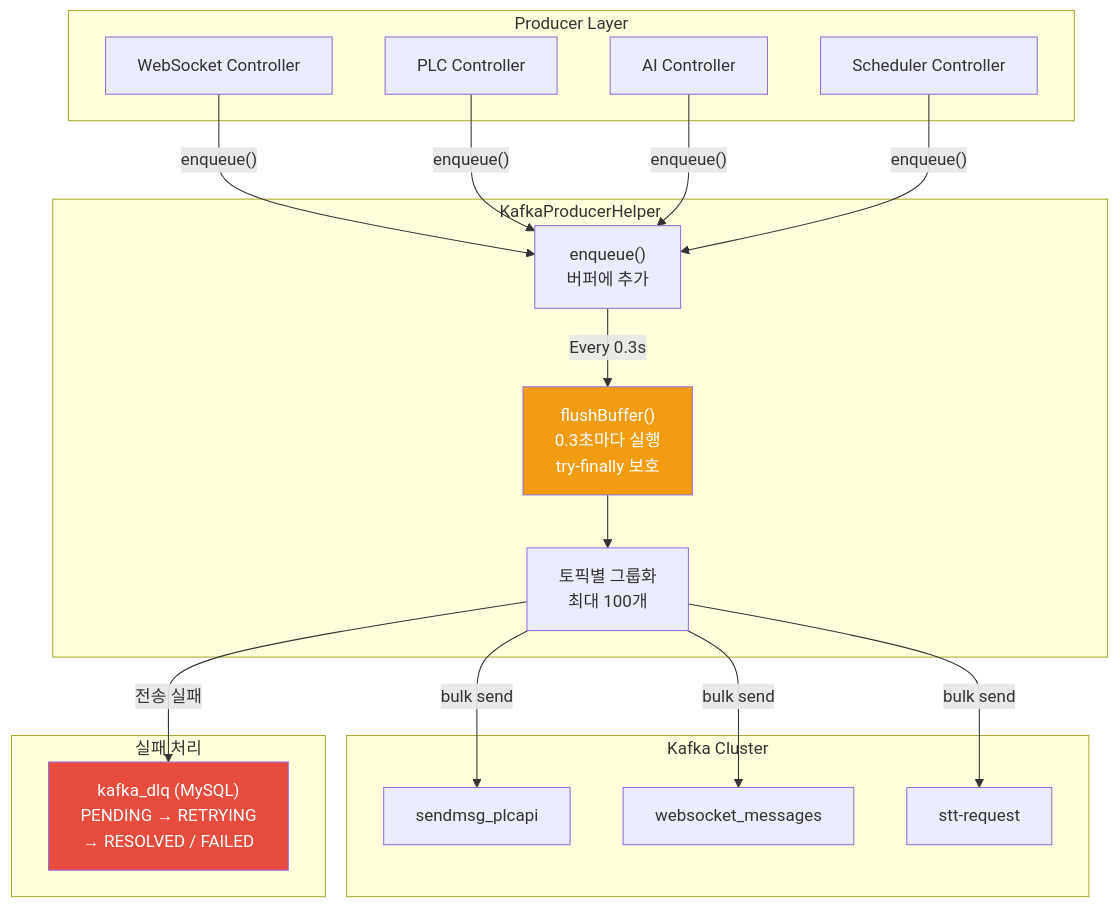
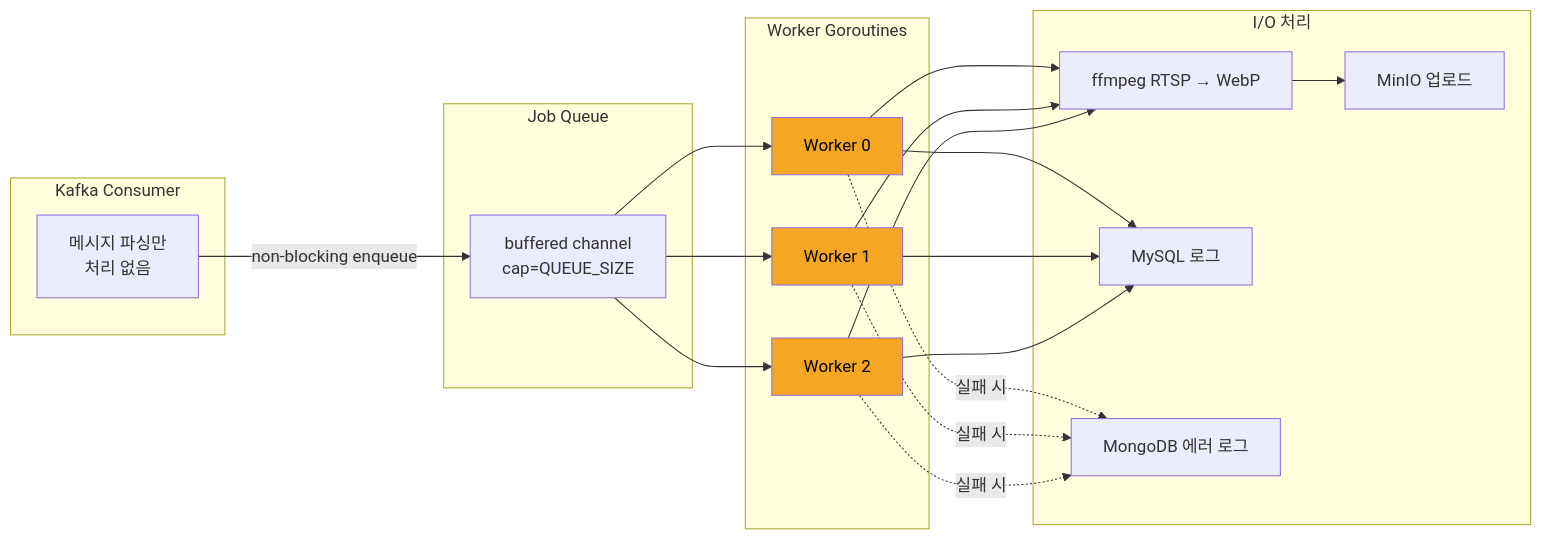
One commit to 1985jwlee/production-iot-backend changed the ninth of 16 diagrams in docs/ARCHITECTURE.md. Above: the diagram before and after it, drawn with Mermaid. The commit also changed other lines of this file and 11 other files, not shown here.

````diff
--- a/docs/ARCHITECTURE.md
+++ b/docs/ARCHITECTURE.md
@@ -251,33 +375,33 @@
 ```mermaid
-graph TB
-    subgraph Producers["Producer Layer"]
-        A1["WebSocket Controller"]
-        A2["PLC Controller"]
-        A3["AI Controller"]
-        A4["Scheduler Controller"]
+graph LR
+    subgraph Consumer["Kafka Consumer"]
+        C["메시지 파싱만\n처리 없음"]
     end
 
-    subgraph Helper["KafkaProducerHelper"]
-        B1["enqueue()\n버퍼에 추가"]
-        B2["flushBuffer()\n0.3초마다 실행\ntry-finally 보호"]
-        B3["토픽별 그룹화\n최대 100개"]
+    subgraph Queue["Job Queue"]
+        Q["buffered channel\ncap=QUEUE_SIZE"]
     end
 
-    subgraph Kafka["Kafka Cluster"]
-        C1["sendmsg_plcapi"]
-        C2["websocket_messages"]
-        C3["stt-request"]
+    subgraph Workers["Worker Goroutines"]
+        W1["Worker 0"]
+        W2["Worker 1"]
+        W3["Worker 2"]
     end
 
-    subgraph DLQ["실패 처리"]
-        D1["kafka_dlq (MySQL)\nPENDING → RETRYING\n→ RESOLVED / FAILED"]
+    subgraph IO["I/O 처리"]
+        FF["ffmpeg RTSP → WebP"]
+        MIO["MinIO 업로드"]
+        SQL["MySQL 로그"]
+        MNG["MongoDB 에러 로그"]
     end
 
-    A1 & A2 & A3 & A4 -->|"enqueue()"| B1
-    B1 -->|"Every 0.3s"| B2 --> B3
-    B3 -->|"bulk send"| C1 & C2 & C3
-    B3 -->|"전송 실패"| D1
+    C -->|"non-blocking enqueue"| Q
+    Q --> W1 & W2 & W3
+    W1 & W2 & W3 --> FF --> MIO
+    W1 & W2 & W3 --> SQL
+    W1 & W2 & W3 -.->|"실패 시"| MNG
 
-    style B2 fill:#f39c12,color:#fff
-    style D1 fill:#e74c3c,color:#fff
+    style W1 fill:#F5A623,color:#000
+    style W2 fill:#F5A623,color:#000
+    style W3 fill:#F5A623,color:#000
 ```
````
